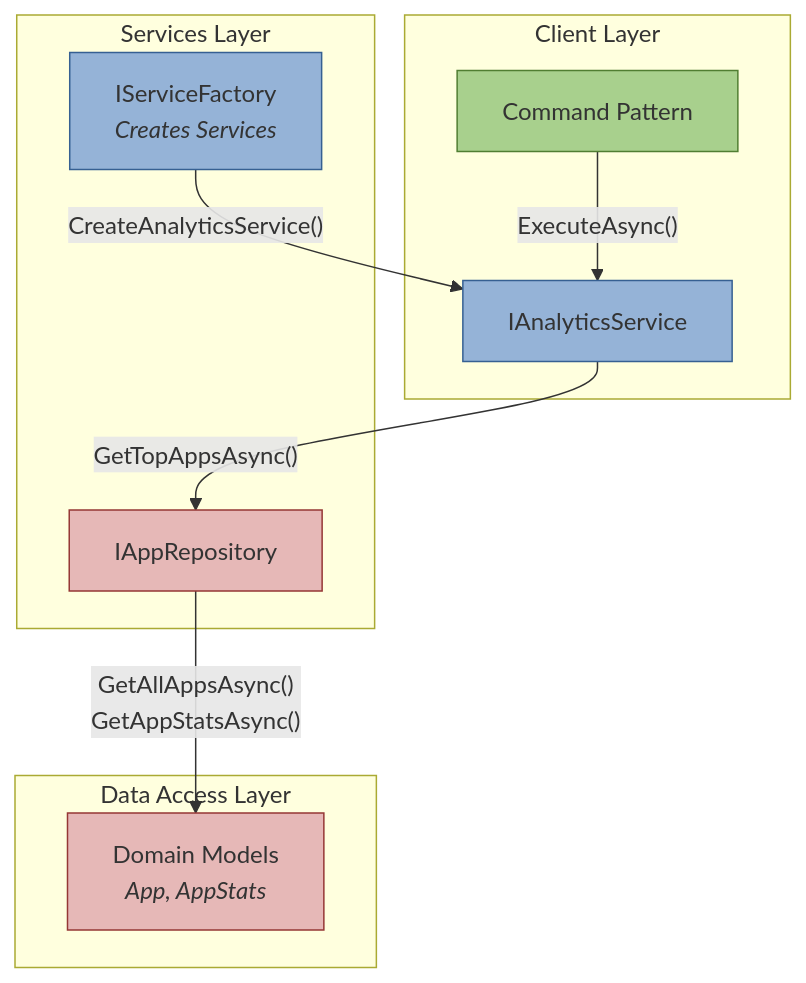
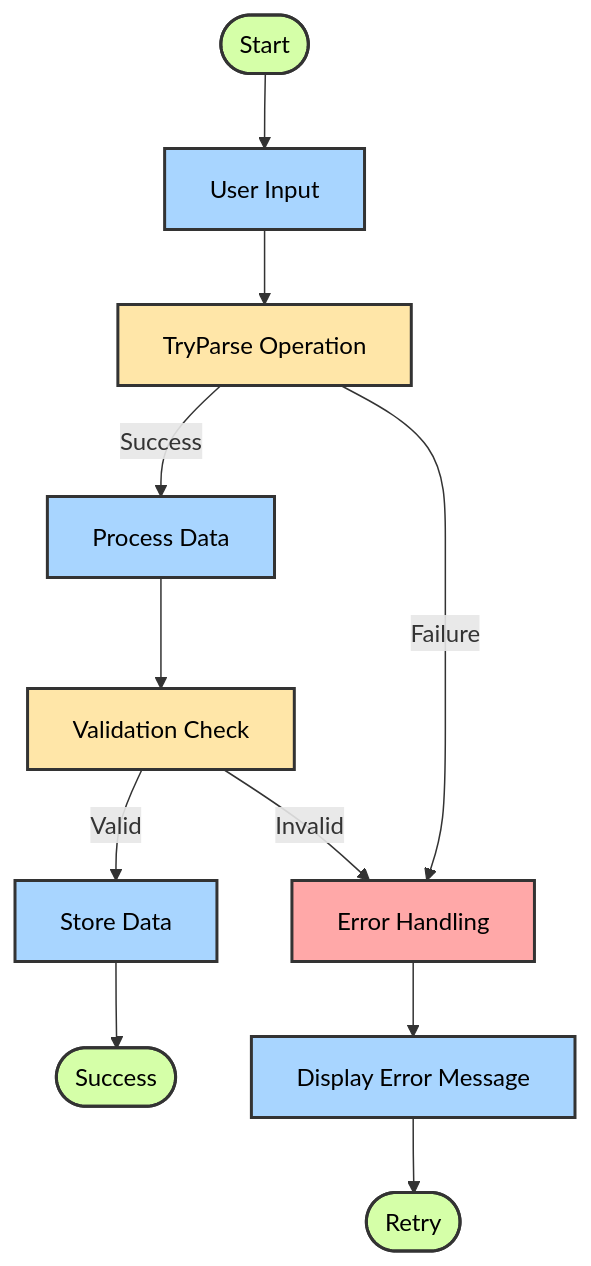
One commit to zerospeak/Sample4AppFigures changed the second of 2 diagrams in README.md. Above: the diagram before and after it, drawn with Mermaid. The commit also changed other lines of this file, not shown here.

````diff
--- a/README.md
+++ b/README.md
@@ -13,25 +232,26 @@
 ```mermaid
 flowchart TD
-    subgraph Client["Client Layer"]
-        CMD[Command Pattern]
-        CMD -->|"ExecuteAsync()"| SVC[IAnalyticsService]
-    end
+    Start([Start]) --> Input["User Input"]
+    Input --> TryParse["TryParse Operation"]
     
-    subgraph Services["Services Layer"]
-        SVC -->|"GetTopAppsAsync()"| REP[IAppRepository]
-        FACTORY["IServiceFactory<br/><i>Creates Services</i>"] -->|"CreateAnalyticsService()"| SVC
-    end
+    TryParse -->|Success| Process["Process Data"]
+    TryParse -->|Failure| Error["Error Handling"]
     
-    subgraph Data["Data Access Layer"]
-        REP -->|"GetAllAppsAsync()<br/>GetAppStatsAsync()"| DM["Domain Models<br/><i>App, AppStats</i>"]
-    end
-
-    %% Styling
-    classDef client fill:#a8d08d,stroke:#507e32,color:#333
-    classDef service fill:#95b3d7,stroke:#366092,color:#333
-    classDef data fill:#e6b8b7,stroke:#953735,color:#333
+    Process --> Validate["Validation Check"]
+    Validate -->|Valid| Store["Store Data"]
+    Validate -->|Invalid| Error
     
-    class CMD client
-    class SVC,FACTORY service
-    class REP,DM data
+    Store --> Success([Success])
+    Error --> Message["Display Error Message"]
+    Message --> Retry([Retry])
+    
+    classDef process fill:#a8d5ff,stroke:#333,stroke-width:2px,color:#000000
+    classDef decision fill:#ffe6a8,stroke:#333,stroke-width:2px,color:#000000
+    classDef terminal fill:#d5ffa8,stroke:#333,stroke-width:2px,color:#000000
+    classDef error fill:#ffa8a8,stroke:#333,stroke-width:2px,color:#000000
+    
+    class Start,Success,Retry terminal
+    class Input,Process,Store,Message process
+    class TryParse,Validate decision
+    class Error error
 ```
````
